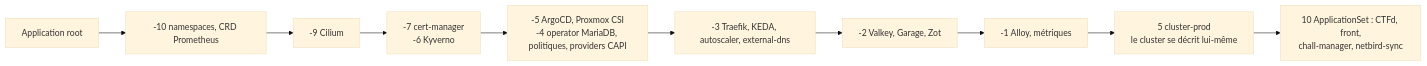
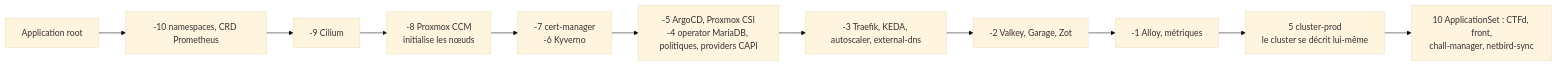
Before and after one commit to kim-tsr/penetrate-and-destroy: the third of 9 diagrams in docs/fonctionnement.md, drawn with Mermaid (base theme). The commit also changed 20 other files, not shown here.

````diff
--- a/docs/fonctionnement.md
+++ b/docs/fonctionnement.md
@@ -99,12 +99,13 @@
 ```mermaid
 flowchart LR
     R[Application root] --> W10[-10 namespaces, CRD Prometheus]
     W10 --> W9[-9 Cilium]
-    W9 --> W7[-7 cert-manager<br/>-6 Kyverno]
+    W9 --> W8[-8 Proxmox CCM<br/>initialise les nœuds]
+    W8 --> W7[-7 cert-manager<br/>-6 Kyverno]
     W7 --> W5[-5 ArgoCD, Proxmox CSI<br/>-4 operator MariaDB, politiques, providers CAPI]
     W5 --> W3[-3 Traefik, KEDA, autoscaler, external-dns]
     W3 --> W2[-2 Valkey, Garage, Zot]
     W2 --> W1[-1 Alloy, métriques]
     W1 --> W5b[5 cluster-prod<br/>le cluster se décrit lui-même]
     W5b --> W10b[10 ApplicationSet : CTFd, front,<br/>chall-manager, netbird-sync]
 ```
````
